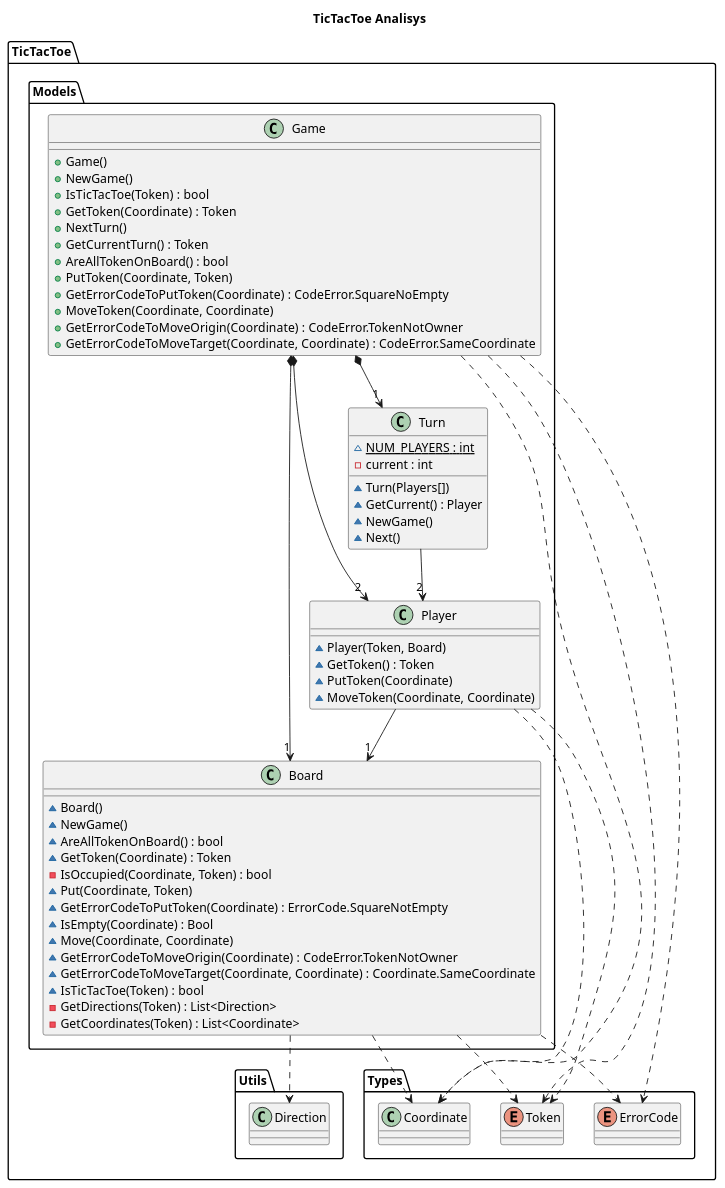
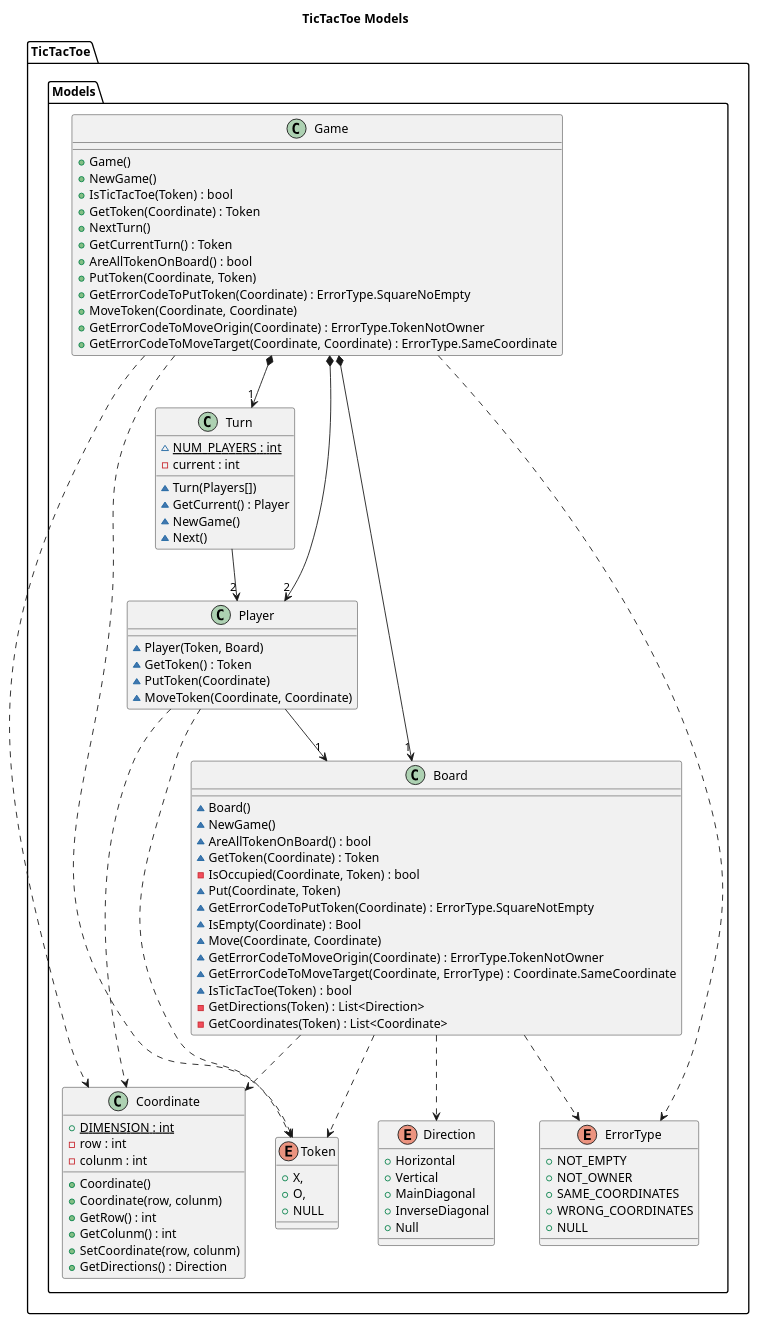
The second of 3 diagrams in src/TicTacToe/DocumentView/Basic/TicTacToeAnalisys.plantuml (franpaulinoinfante/MasterSoftwareDevelopment), drawn with PlantUML before and after one commit. The commit also changed other lines of this file and 7 other files, not shown here.

```diff
--- a/src/TicTacToe/DocumentView/Basic/TicTacToeAnalisys.plantuml
+++ b/src/TicTacToe/DocumentView/Basic/TicTacToeAnalisys.plantuml
@@ -104,74 +117,100 @@
-@startuml TicTacToeAnalisys
-title TicTacToe Analisys
+@startuml TicTacToeModels
+title TicTacToe Models
 namespace TicTacToe.Models{
     class Game{
         +Game()
         +NewGame()
         +IsTicTacToe(Token) : bool
         +GetToken(Coordinate) : Token
         +NextTurn()
         +GetCurrentTurn() : Token
         +AreAllTokenOnBoard() : bool
         +PutToken(Coordinate, Token)
-        +GetErrorCodeToPutToken(Coordinate) : CodeError.SquareNoEmpty
+        +GetErrorCodeToPutToken(Coordinate) : ErrorType.SquareNoEmpty
         +MoveToken(Coordinate, Coordinate)
-        +GetErrorCodeToMoveOrigin(Coordinate) : CodeError.TokenNotOwner
-        +GetErrorCodeToMoveTarget(Coordinate, Coordinate) : CodeError.SameCoordinate
+        +GetErrorCodeToMoveOrigin(Coordinate) : ErrorType.TokenNotOwner
+        +GetErrorCodeToMoveTarget(Coordinate, Coordinate) : ErrorType.SameCoordinate
     }
     Game *--> "1" Board
     Game *--> "2" Player
     Game *--> "1" Turn
-    Game ..> TicTacToe.Types.Coordinate
-    Game ..> TicTacToe.Types.Token
-    Game ..> TicTacToe.Types.ErrorCode
+    Game ..> Coordinate
+    Game ..> Token
+    Game ..> ErrorType
 
     class Turn{
         ~{static} NUM_PLAYERS : int
         -current : int
         ~Turn(Players[])
         ~GetCurrent() : Player
         ~NewGame()
         ~Next()
     }
     Turn --> "2" Player
 
     class Player{
         ~Player(Token, Board)
         ~GetToken() : Token
         ~PutToken(Coordinate)
         ~MoveToken(Coordinate, Coordinate)
     }
     Player --> "1" Board
-    Player ..> TicTacToe.Types.Coordinate
-    Player ..> TicTacToe.Types.Token
+    Player ..> Coordinate
+    Player ..> Token
 
     class Board{
         ~Board()
         ~NewGame()
         ~AreAllTokenOnBoard() : bool
         ~GetToken(Coordinate) : Token
         -IsOccupied(Coordinate, Token) : bool
         ~Put(Coordinate, Token)
-        ~GetErrorCodeToPutToken(Coordinate) : ErrorCode.SquareNotEmpty
+        ~GetErrorCodeToPutToken(Coordinate) : ErrorType.SquareNotEmpty
         ~IsEmpty(Coordinate) : Bool
         ~Move(Coordinate, Coordinate)
-        ~GetErrorCodeToMoveOrigin(Coordinate) : CodeError.TokenNotOwner
-        ~GetErrorCodeToMoveTarget(Coordinate, Coordinate) : Coordinate.SameCoordinate
+        ~GetErrorCodeToMoveOrigin(Coordinate) : ErrorType.TokenNotOwner
+        ~GetErrorCodeToMoveTarget(Coordinate, ErrorType) : Coordinate.SameCoordinate
         ~IsTicTacToe(Token) : bool
         -GetDirections(Token) : List<Direction>
         -GetCoordinates(Token) : List<Coordinate>
     }
-    Board ..> TicTacToe.Types.Coordinate
-    Board ..> TicTacToe.Types.Token
-    Board ..> TicTacToe.Types.ErrorCode
-    Board ..> TicTacToe.Utils.Direction
-}
+    Board ..> Coordinate
+    Board ..> Token
+    Board ..> ErrorType
+    Board ..> Direction
 
-namespace TicTacToe.Types{
-    class Coordinate{}
+    class Coordinate{
+        +{static} DIMENSION : int
+        -row : int
+        -colunm : int
+        +Coordinate()
+        +Coordinate(row, colunm)
+        +GetRow() : int
+        +GetColunm() : int
+        +SetCoordinate(row, colunm)
+        +GetDirections() : Direction
+    }
 
-    enum Token{}
+    enum Direction{
+        +Horizontal
+        +Vertical
+        +MainDiagonal
+        +InverseDiagonal
+        +Null
+    }
 
-    enum ErrorCode{}
+    enum Token{
+        +X,
+        +O,
+        +NULL
+    }
+
+    enum ErrorType{
+        +NOT_EMPTY
+        +NOT_OWNER
+        +SAME_COORDINATES
+        +WRONG_COORDINATES
+        +NULL
+    }
 }
 @enduml
```
